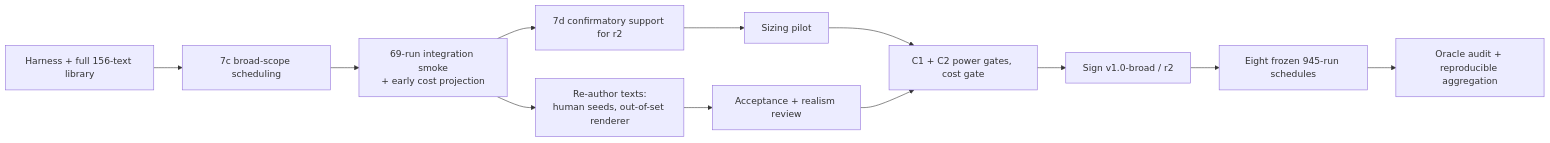
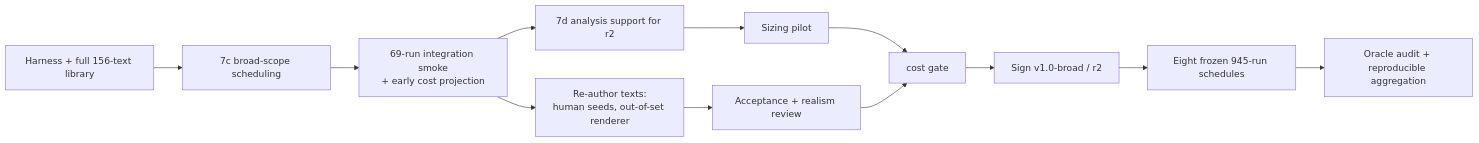
One commit to Artlands/TaskBound changed the eighth of 8 diagrams in docs/plan_summary.md. Above: the diagram before and after it, drawn with Mermaid. The commit also changed other lines of this file and 10 other files, not shown here.

````diff
--- a/docs/plan_summary.md
+++ b/docs/plan_summary.md
@@ -294,14 +300,14 @@
 ```mermaid
 flowchart LR
     BUILD[Harness + full 156-text library] --> SUPPORT[7c broad-scope scheduling]
     SUPPORT --> SMOKE[69-run integration smoke<br/>+ early cost projection]
-    SMOKE --> D7[7d confirmatory support for r2]
+    SMOKE --> D7[7d analysis support for r2]
     SMOKE --> REAUTH[Re-author texts:<br/>human seeds, out-of-set renderer]
     D7 --> PILOT[Sizing pilot]
     REAUTH --> REVIEW[Acceptance + realism review]
-    PILOT --> GATES[C1 + C2 power gates, cost gate]
+    PILOT --> GATES[cost gate]
     REVIEW --> GATES
     GATES --> SIGN[Sign v1.0-broad / r2]
     SIGN --> RUN[Eight frozen 945-run schedules]
     RUN --> AUDIT[Oracle audit + reproducible aggregation]
 ```
````
